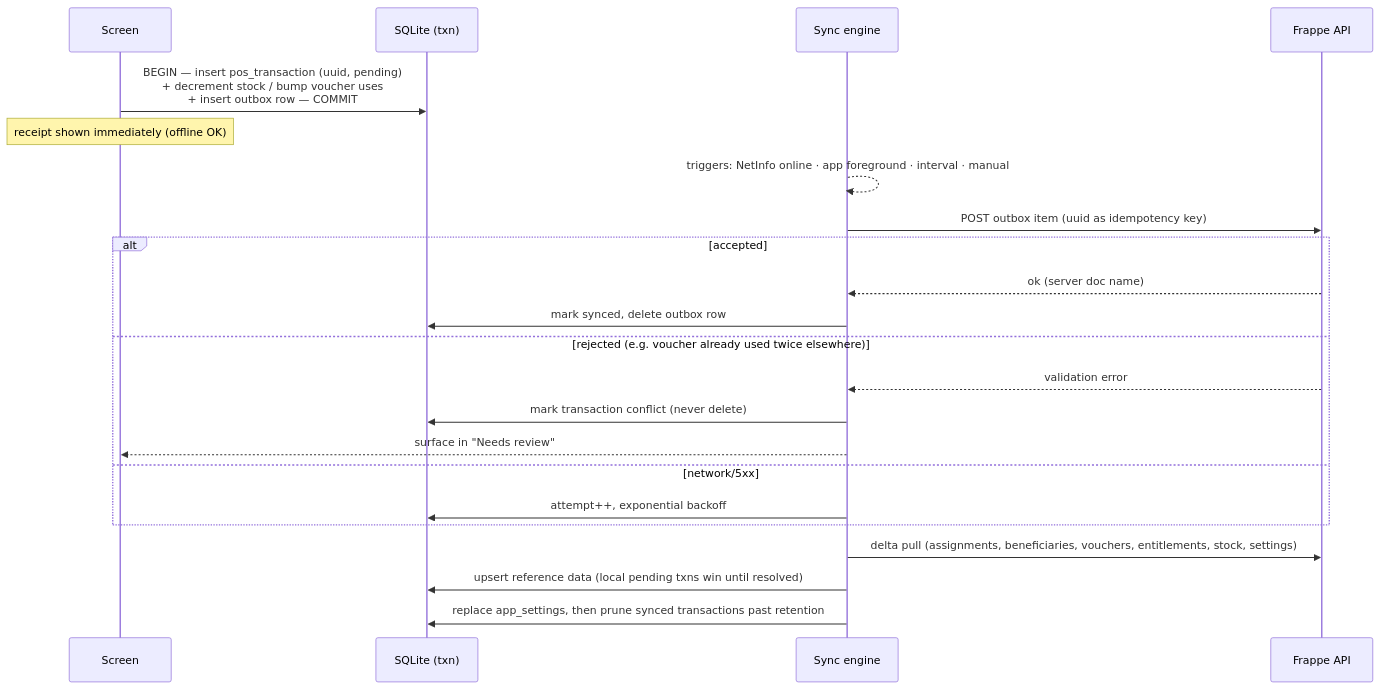
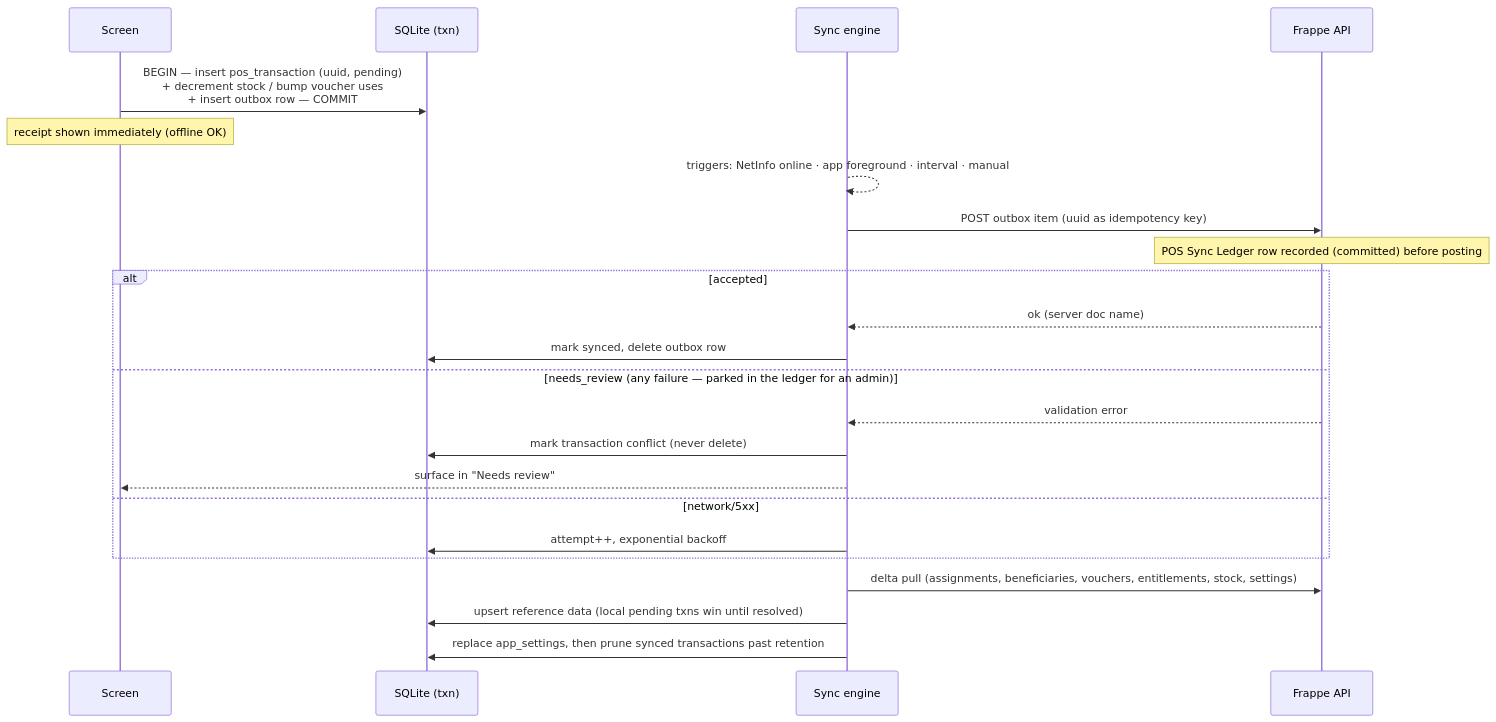
Before and after one commit to navariltd/nppos_mobile: the third of 3 diagrams in docs/ARCHITECTURE.md, drawn with Mermaid. The commit also changed other lines of this file and 6 other files, not shown here.

First line of the commit message:
feat: show ledger outcomes on the device; document the POS Sync Ledger

````diff
--- a/docs/ARCHITECTURE.md
+++ b/docs/ARCHITECTURE.md
@@ -110,25 +110,26 @@
 ```mermaid
 sequenceDiagram
     participant UI as Screen
     participant DB as SQLite (txn)
     participant SE as Sync engine
     participant BE as Frappe API
 
     UI->>DB: BEGIN — insert pos_transaction (uuid, pending)<br/>+ decrement stock / bump voucher uses<br/>+ insert outbox row — COMMIT
     Note over UI: receipt shown immediately (offline OK)
     SE-->>SE: triggers: NetInfo online · app foreground · interval · manual
     SE->>BE: POST outbox item (uuid as idempotency key)
+    Note over BE: POS Sync Ledger row recorded (committed) before posting
     alt accepted
         BE-->>SE: ok (server doc name)
         SE->>DB: mark synced, delete outbox row
-    else rejected (e.g. voucher already used twice elsewhere)
+    else needs_review (any failure — parked in the ledger for an admin)
         BE-->>SE: validation error
         SE->>DB: mark transaction conflict (never delete)
         SE-->>UI: surface in "Needs review"
     else network/5xx
         SE->>DB: attempt++, exponential backoff
     end
     SE->>BE: delta pull (assignments, beneficiaries, vouchers, entitlements, stock, settings)
     SE->>DB: upsert reference data (local pending txns win until resolved)
     SE->>DB: replace app_settings, then prune synced transactions past retention
 ```
````
